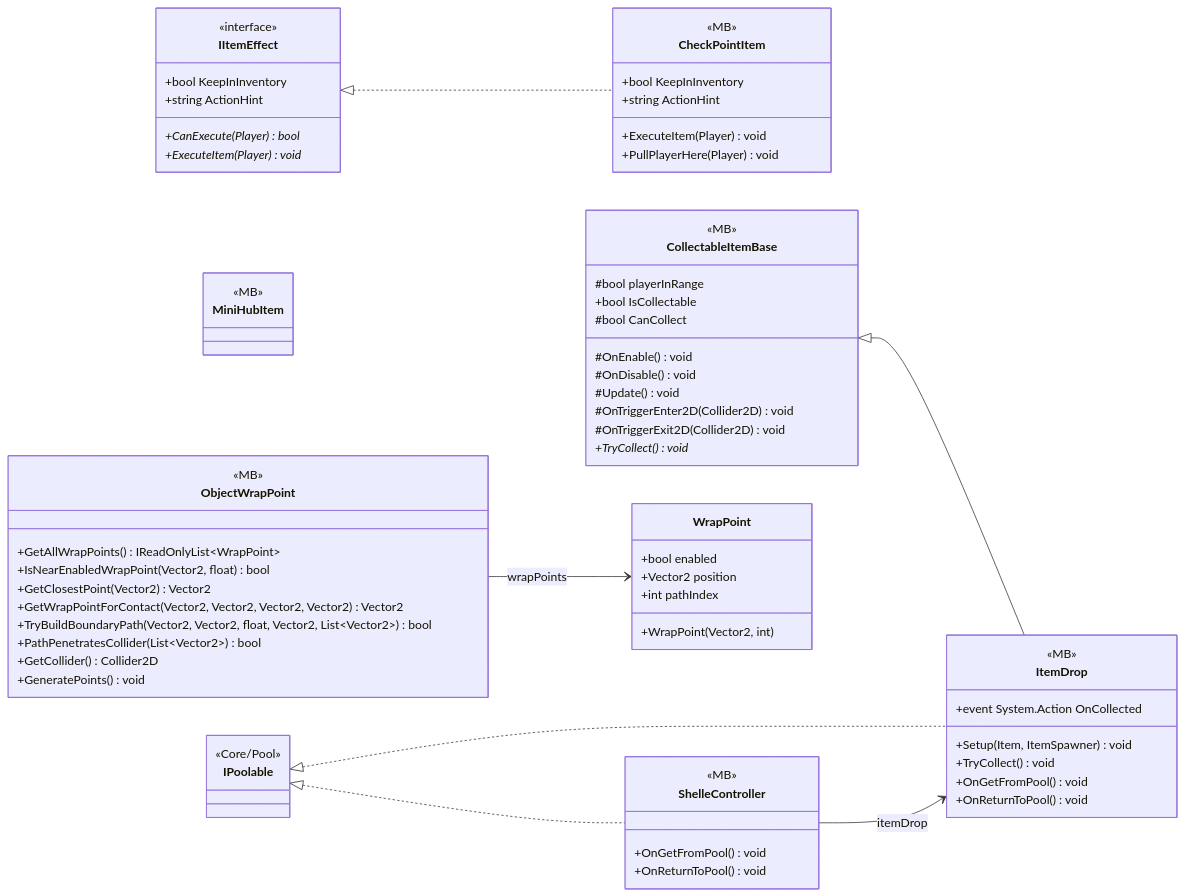
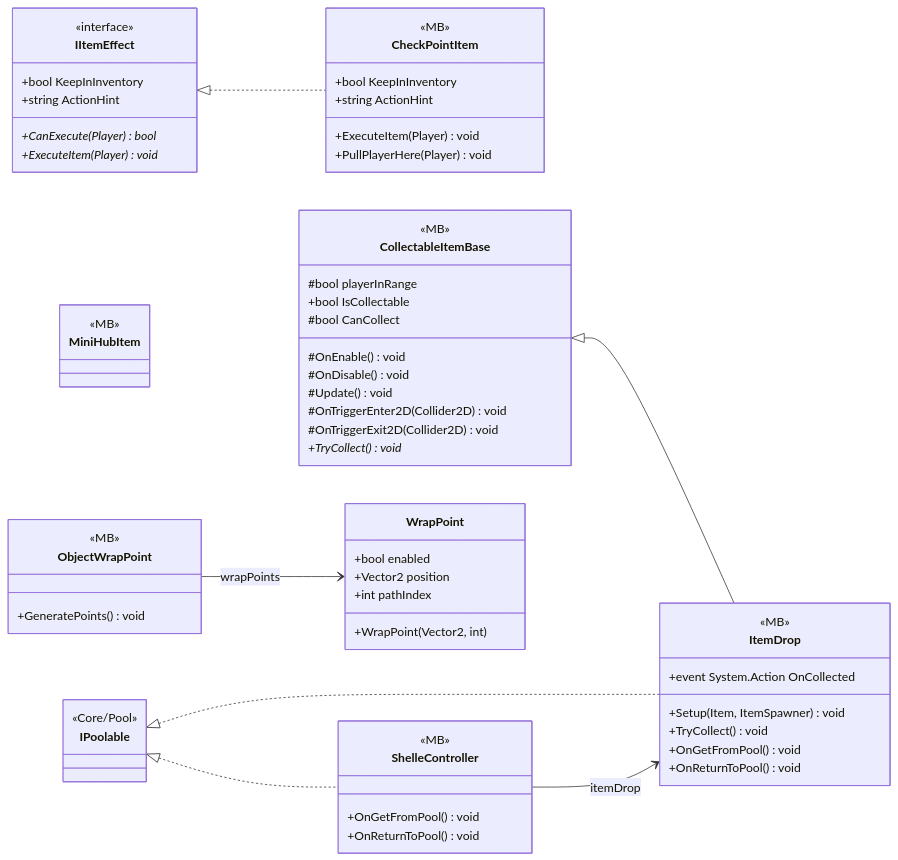
The diagram in docs/uml/modules/Gameplay_InteractObjects.md (PhumipatWave/project-ocean), drawn with Mermaid before and after one commit. The commit also changed other lines of this file and 256 other files, not shown here.

````diff
--- a/docs/uml/modules/Gameplay_InteractObjects.md
+++ b/docs/uml/modules/Gameplay_InteractObjects.md
@@ -7,73 +7,66 @@
 ```mermaid
 classDiagram
   direction LR
   class CheckPointItem {
     <<MB>>
     +bool KeepInInventory
     +string ActionHint
     +ExecuteItem(Player) void
     +PullPlayerHere(Player) void
   }
   class CollectableItemBase {
     <<MB>>
     <<abstract>>
     #bool playerInRange
     +bool IsCollectable
     #bool CanCollect
     #OnEnable() void
     #OnDisable() void
     #Update() void
     #OnTriggerEnter2D(Collider2D) void
     #OnTriggerExit2D(Collider2D) void
     +TryCollect()* void
   }
   class IItemEffect {
     <<interface>>
     +bool KeepInInventory
     +string ActionHint
     +CanExecute(Player)* bool
     +ExecuteItem(Player)* void
   }
   class ItemDrop {
     <<MB>>
     +event System.Action OnCollected
     +Setup(Item, ItemSpawner) void
     +TryCollect() void
     +OnGetFromPool() void
     +OnReturnToPool() void
   }
   class MiniHubItem {
     <<MB>>
   }
   class ObjectWrapPoint {
     <<MB>>
-    +GetAllWrapPoints() IReadOnlyList~WrapPoint~
-    +IsNearEnabledWrapPoint(Vector2, float) bool
-    +GetClosestPoint(Vector2) Vector2
-    +GetWrapPointForContact(Vector2, Vector2, Vector2, Vector2) Vector2
-    +TryBuildBoundaryPath(Vector2, Vector2, float, Vector2, List~Vector2~) bool
-    +PathPenetratesCollider(List~Vector2~) bool
-    +GetCollider() Collider2D
     +GeneratePoints() void
   }
   class WrapPoint {
     +bool enabled
     +Vector2 position
     +int pathIndex
     +WrapPoint(Vector2, int)
   }
   class ShelleController {
     <<MB>>
     +OnGetFromPool() void
     +OnReturnToPool() void
   }
   class IPoolable {
     <<Core/Pool>>
   }
   CollectableItemBase <|-- ItemDrop
   IItemEffect <|.. CheckPointItem
   IPoolable <|.. ItemDrop
   IPoolable <|.. ShelleController
   ObjectWrapPoint --> WrapPoint : wrapPoints
   ShelleController --> ItemDrop : itemDrop
 ```
````
